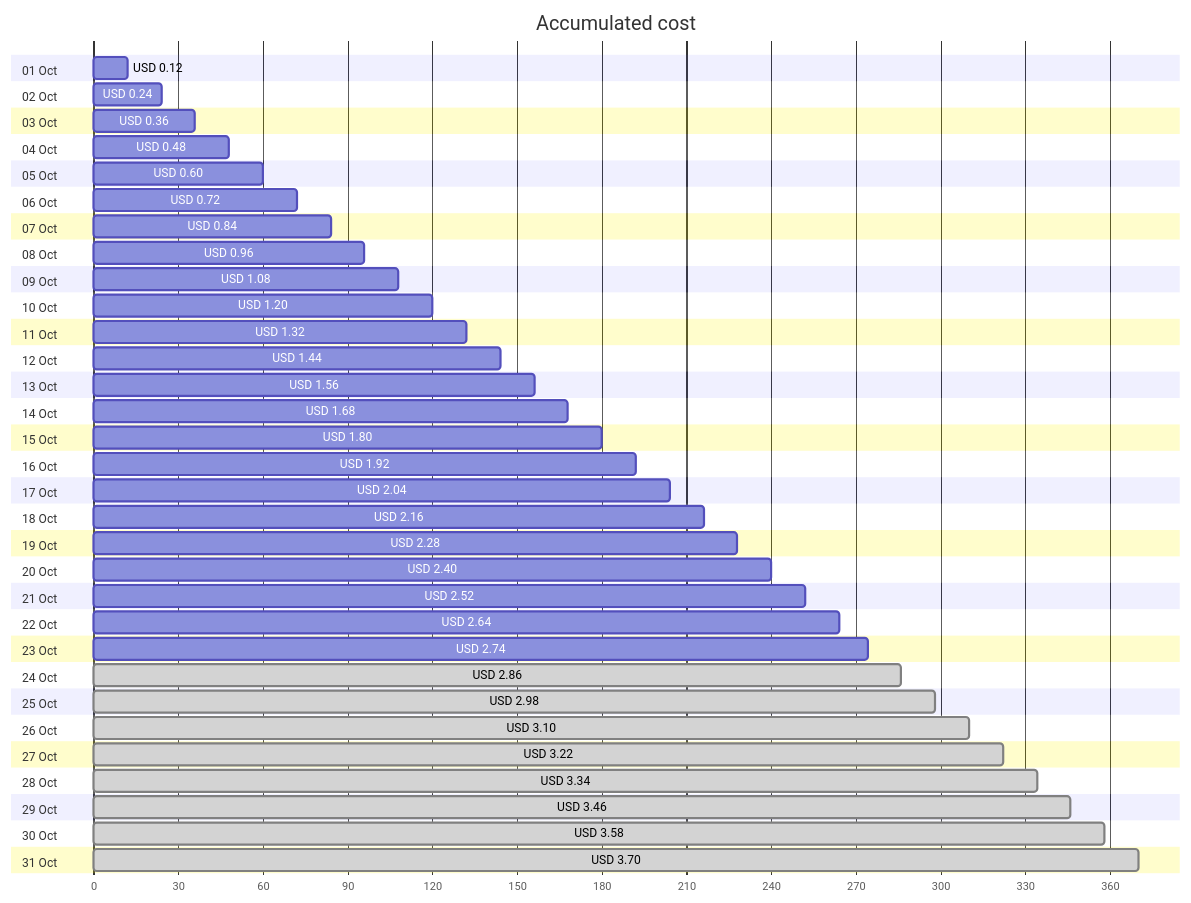
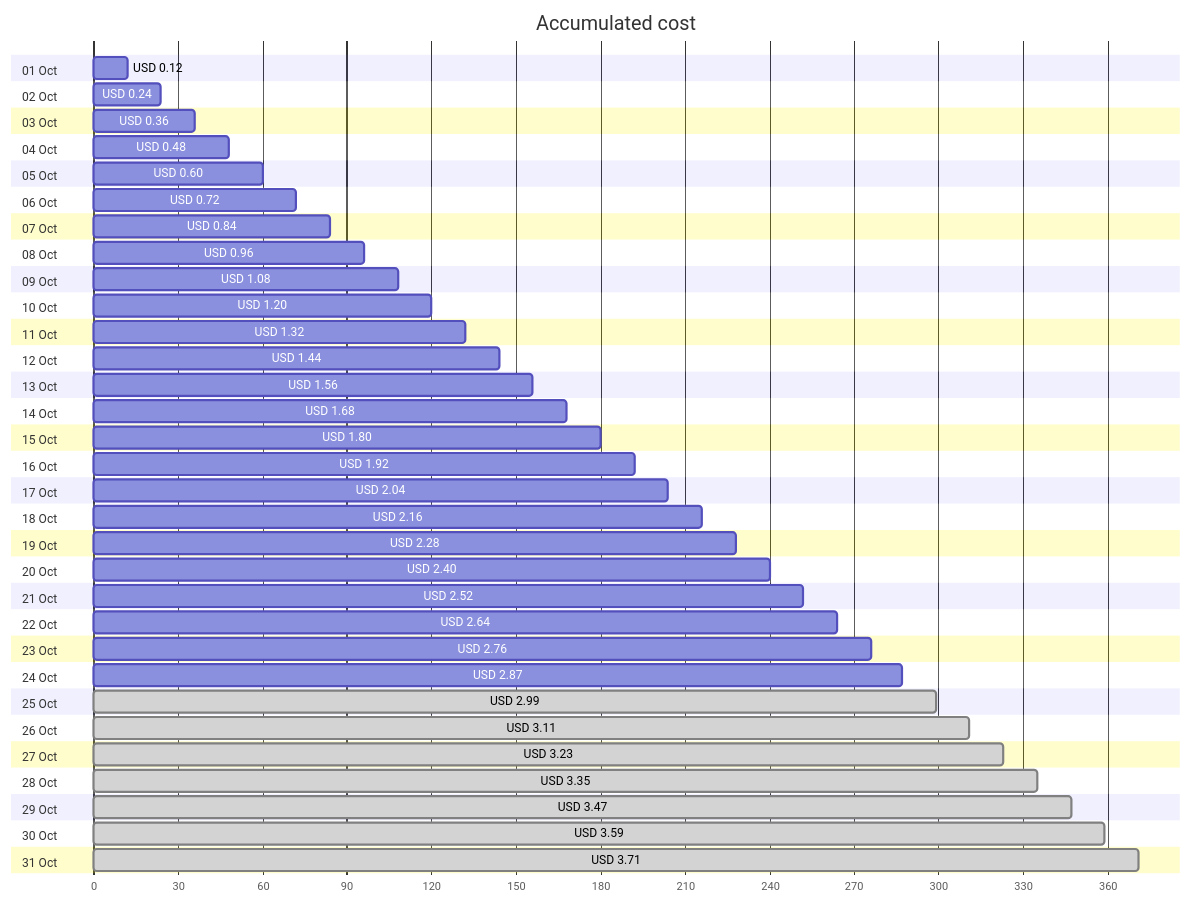
Before and after one commit to jpfulton/azure-personal-reports: the first of 4 diagrams in cost-reports/personal-network/backup-server-public-ip.md, drawn with Mermaid. The commit also changed other lines of this file and 7 other files, not shown here.

````diff
--- a/cost-reports/personal-network/backup-server-public-ip.md
+++ b/cost-reports/personal-network/backup-server-public-ip.md
@@ -20,68 +20,68 @@
 ```mermaid
 gantt
    title Accumulated cost
    dateFormat  X
    axisFormat %s
    section 01 Oct
    USD 0.12 :0, 12
    section 02 Oct
    USD 0.24 :0, 24
    section 03 Oct
    USD 0.36 :0, 36
    section 04 Oct
    USD 0.48 :0, 48
    section 05 Oct
    USD 0.60 :0, 60
    section 06 Oct
    USD 0.72 :0, 72
    section 07 Oct
    USD 0.84 :0, 84
    section 08 Oct
    USD 0.96 :0, 96
    section 09 Oct
    USD 1.08 :0, 108
    section 10 Oct
    USD 1.20 :0, 120
    section 11 Oct
    USD 1.32 :0, 132
    section 12 Oct
    USD 1.44 :0, 144
    section 13 Oct
    USD 1.56 :0, 156
    section 14 Oct
    USD 1.68 :0, 168
    section 15 Oct
    USD 1.80 :0, 180
    section 16 Oct
    USD 1.92 :0, 192
    section 17 Oct
    USD 2.04 :0, 204
    section 18 Oct
    USD 2.16 :0, 216
    section 19 Oct
    USD 2.28 :0, 228
    section 20 Oct
    USD 2.40 :0, 240
    section 21 Oct
    USD 2.52 :0, 252
    section 22 Oct
    USD 2.64 :0, 264
    section 23 Oct
-   USD 2.74 :0, 274
+   USD 2.76 :0, 276
    section 24 Oct
-   USD 2.86 : done, 0, 286
+   USD 2.87 :0, 287
    section 25 Oct
-   USD 2.98 : done, 0, 298
+   USD 2.99 : done, 0, 299
    section 26 Oct
-   USD 3.10 : done, 0, 310
+   USD 3.11 : done, 0, 311
    section 27 Oct
-   USD 3.22 : done, 0, 322
+   USD 3.23 : done, 0, 323
    section 28 Oct
-   USD 3.34 : done, 0, 334
+   USD 3.35 : done, 0, 335
    section 29 Oct
-   USD 3.46 : done, 0, 346
+   USD 3.47 : done, 0, 347
    section 30 Oct
-   USD 3.58 : done, 0, 358
+   USD 3.59 : done, 0, 359
    section 31 Oct
-   USD 3.70 : done, 0, 370
+   USD 3.71 : done, 0, 371
 ```
````
